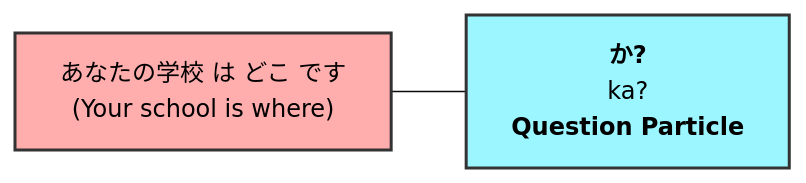
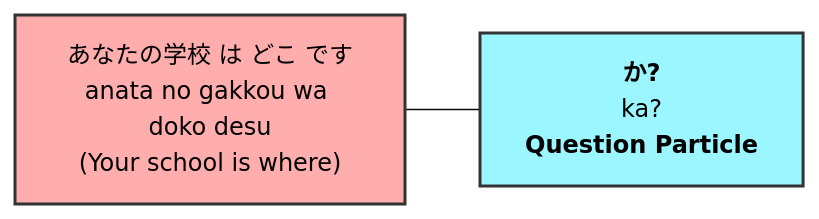
The tenth of 12 diagrams in grammar/grammar-solutions.md (shainsethi/n5), drawn with Mermaid (base theme) before and after one commit. The commit also changed other lines of this file and 1 other file, not shown here.

Commit message:
feat: add N5 grammar reference and practice solution files with Mermaid diagrams

````diff
--- a/grammar/grammar-solutions.md
+++ b/grammar/grammar-solutions.md
@@ -142,6 +142,6 @@
 ```mermaid
 graph LR
-    Aff["あなたの学校 は どこ です<br/>(Your school is where)"] --- Q["<b>か?</b><br/>ka?<br/><b>Question Particle</b>"]
+    Aff["あなたの学校 は どこ です<br/>anata no gakkou wa doko desu<br/>(Your school is where)"] --- Q["<b>か?</b><br/>ka?<br/><b>Question Particle</b>"]
     style Aff fill:#ffadad,stroke:#333,stroke-width:2px,color:#000
     style Q fill:#9bf6ff,stroke:#333,stroke-width:2px,color:#000
 ```
````
